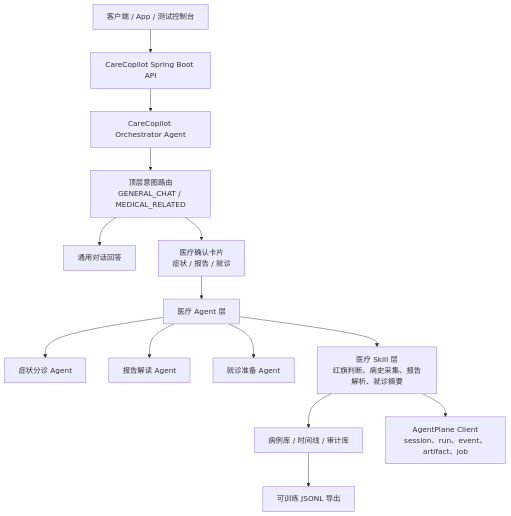
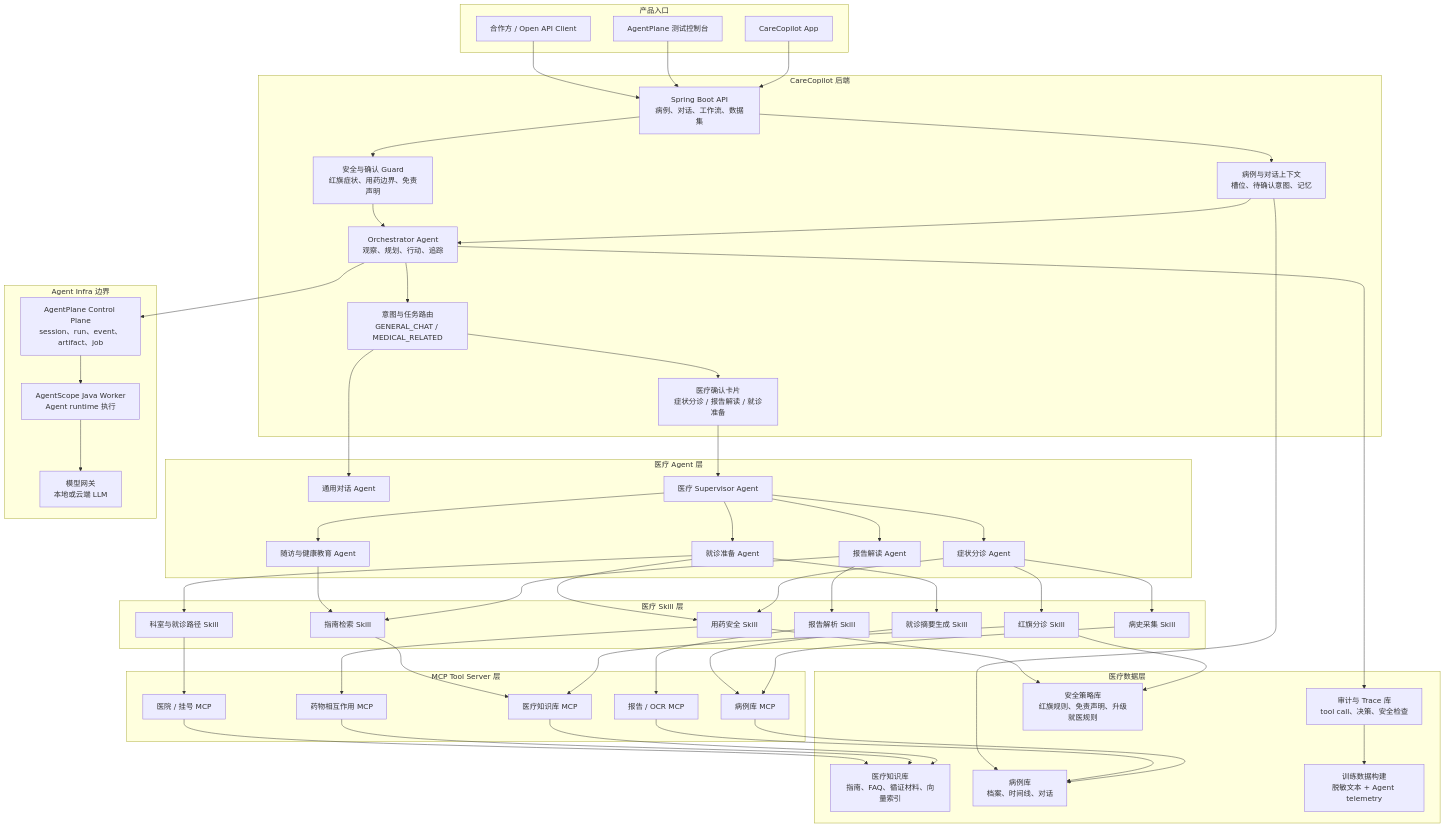
Before and after one commit to charlesxu91/CareCopilot: the diagram in README.zh-CN.md, drawn with Mermaid. The commit also changed other lines of this file and 1 other file, not shown here.

Commit message:
Update CareCopilot architecture blueprint

````diff
--- a/README.zh-CN.md
+++ b/README.zh-CN.md
@@ -23,16 +23,103 @@
 ```mermaid
 flowchart TB
-  Client["客户端 / App / 测试控制台"] --> API["CareCopilot Spring Boot API"]
-  API --> Orchestrator["CareCopilot Orchestrator Agent"]
-  Orchestrator --> Intent["顶层意图路由<br/>GENERAL_CHAT / MEDICAL_RELATED"]
-  Intent --> General["通用对话回答"]
-  Intent --> Confirm["医疗确认卡片<br/>症状 / 报告 / 就诊"]
-  Confirm --> MedicalAgents["医疗 Agent 层"]
-  MedicalAgents --> Symptom["症状分诊 Agent"]
-  MedicalAgents --> Report["报告解读 Agent"]
-  MedicalAgents --> Visit["就诊准备 Agent"]
-  MedicalAgents --> Skills["医疗 Skill 层<br/>红旗判断、病史采集、报告解析、就诊摘要"]
-  Skills --> Stores["病例库 / 时间线 / 审计库"]
-  Skills --> AgentPlane["AgentPlane Client<br/>session、run、event、artifact、job"]
-  Stores --> Dataset["可训练 JSONL 导出"]
+  subgraph Channels["产品入口"]
+    App["CareCopilot App"]
+    Console["AgentPlane 测试控制台"]
+    OpenAPI["合作方 / Open API Client"]
+  end
+
+  subgraph Backend["CareCopilot 后端"]
+    API["Spring Boot API<br/>病例、对话、工作流、数据集"]
+    Context["病例与对话上下文<br/>槽位、待确认意图、记忆"]
+    Safety["安全与确认 Guard<br/>红旗症状、用药边界、免责声明"]
+    Orchestrator["Orchestrator Agent<br/>观察、规划、行动、追踪"]
+    Router["意图与任务路由<br/>GENERAL_CHAT / MEDICAL_RELATED"]
+    Card["医疗确认卡片<br/>症状分诊 / 报告解读 / 就诊准备"]
+  end
+
+  subgraph Agents["医疗 Agent 层"]
+    General["通用对话 Agent"]
+    Supervisor["医疗 Supervisor Agent"]
+    Symptom["症状分诊 Agent"]
+    Report["报告解读 Agent"]
+    Visit["就诊准备 Agent"]
+    Followup["随访与健康教育 Agent"]
+  end
+
+  subgraph Skills["医疗 Skill 层"]
+    History["病史采集 Skill"]
+    RedFlag["红旗分诊 Skill"]
+    ReportParse["报告解析 Skill"]
+    Medication["用药安全 Skill"]
+    Guideline["指南检索 Skill"]
+    Department["科室与就诊路径 Skill"]
+    Summary["就诊摘要生成 Skill"]
+  end
+
+  subgraph MCP["MCP Tool Server 层"]
+    KnowledgeMcp["医疗知识库 MCP"]
+    CaseMcp["病例库 MCP"]
+    ReportMcp["报告 / OCR MCP"]
+    DrugMcp["药物相互作用 MCP"]
+    HospitalMcp["医院 / 挂号 MCP"]
+  end
+
+  subgraph Data["医疗数据层"]
+    Knowledge["医疗知识库<br/>指南、FAQ、循证材料、向量索引"]
+    CaseStore["病例库<br/>档案、时间线、对话"]
+    Audit["审计与 Trace 库<br/>tool call、决策、安全检查"]
+    Dataset["训练数据构建<br/>脱敏文本 + Agent telemetry"]
+    Policy["安全策略库<br/>红旗规则、免责声明、升级就医规则"]
+  end
+
+  subgraph Infra["Agent Infra 边界"]
+    AgentPlane["AgentPlane Control Plane<br/>session、run、event、artifact、job"]
+    Worker["AgentScope Java Worker<br/>Agent runtime 执行"]
+    Model["模型网关<br/>本地或云端 LLM"]
+  end
+
+  App --> API
+  Console --> API
+  OpenAPI --> API
+  API --> Context
+  API --> Safety
+  Context --> Orchestrator
+  Safety --> Orchestrator
+  Orchestrator --> Router
+  Router --> General
+  Router --> Card
+  Card --> Supervisor
+  Supervisor --> Symptom
+  Supervisor --> Report
+  Supervisor --> Visit
+  Supervisor --> Followup
+  Symptom --> History
+  Symptom --> RedFlag
+  Symptom --> Medication
+  Report --> ReportParse
+  Report --> Guideline
+  Visit --> Department
+  Visit --> Summary
+  Visit --> Medication
+  Followup --> Guideline
+  History --> CaseMcp
+  RedFlag --> KnowledgeMcp
+  RedFlag --> Policy
+  ReportParse --> ReportMcp
+  Medication --> DrugMcp
+  Medication --> Policy
+  Guideline --> KnowledgeMcp
+  Department --> HospitalMcp
+  Summary --> CaseMcp
+  KnowledgeMcp --> Knowledge
+  CaseMcp --> CaseStore
+  ReportMcp --> CaseStore
+  DrugMcp --> Knowledge
+  HospitalMcp --> Knowledge
+  Orchestrator --> AgentPlane
+  AgentPlane --> Worker
+  Worker --> Model
+  Context --> CaseStore
+  Orchestrator --> Audit
+  Audit --> Dataset
 ```
````
